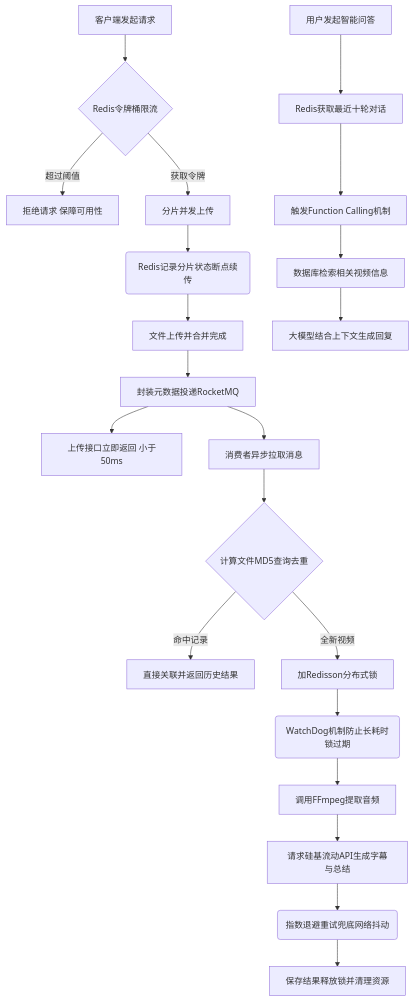
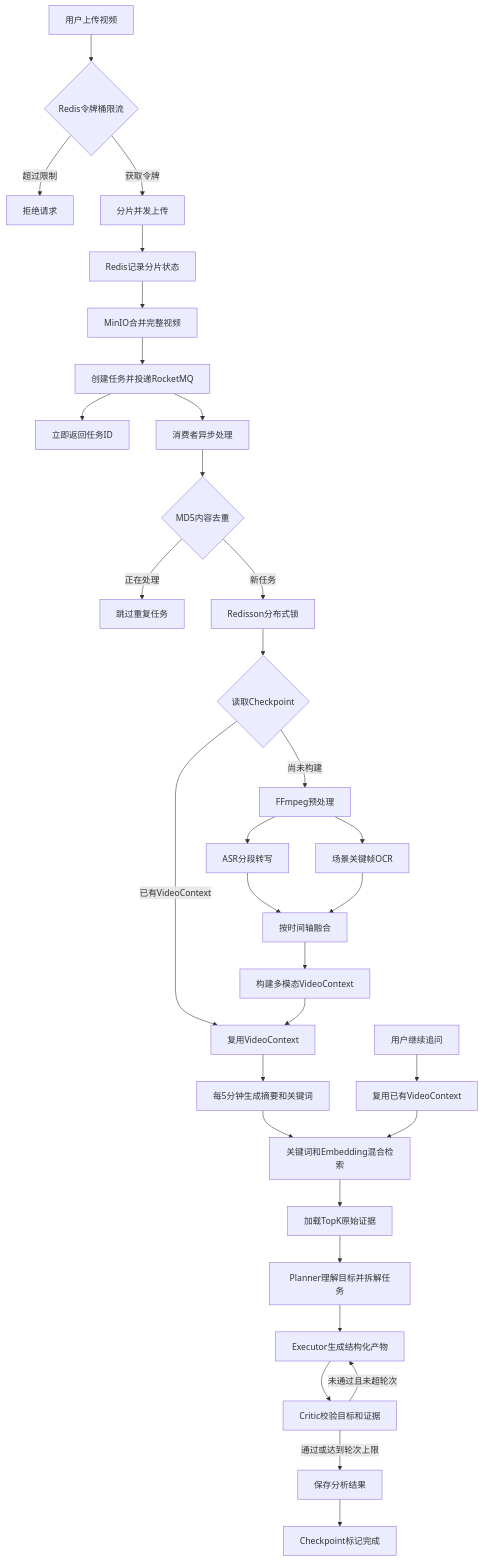
One commit to dirge2024/VedioHub changed the diagram in README.md. Above: the diagram before and after it, drawn with Mermaid. The commit also changed other lines of this file, not shown here.

````diff
--- a/README.md
+++ b/README.md
@@ -106,27 +193,42 @@
 ```mermaid
 graph TD
-    A[客户端发起请求] --> B{Redis令牌桶限流}
-    B -- 超过阈值 --> C[拒绝请求 保障可用性]
+    A[用户上传视频] --> B{Redis令牌桶限流}
+    B -- 超过限制 --> C[拒绝请求]
     B -- 获取令牌 --> D[分片并发上传]
-    D --> E(Redis记录分片状态断点续传)
-    E --> F[文件上传并合并完成]
-    
-    F --> G[封装元数据投递RocketMQ]
-    G --> H[上传接口立即返回 小于50ms]
+    D --> E[Redis记录分片状态]
+    E --> F[MinIO合并完整视频]
 
-    G --> I[消费者异步拉取消息]
-    I --> J{计算文件MD5查询去重}
-    J -- 命中记录 --> K[直接关联并返回历史结果]
-    J -- 全新视频 --> L[加Redisson分布式锁]
-    
-    L --> M(WatchDog机制防止长耗时锁过期)
-    M --> N[调用FFmpeg提取音频]
-    N --> O[请求硅基流动API生成字幕与总结]
-    O --> P(指数退避重试兜底网络抖动)
-    P --> Q[保存结果释放锁并清理资源]
+    F --> G[创建任务并投递RocketMQ]
+    G --> H[立即返回任务ID]
+    G --> I[消费者异步处理]
 
-    R[用户发起智能问答] --> S[Redis获取最近十轮对话]
-    S --> T[触发Function Calling机制]
-    T --> U[数据库检索相关视频信息]
-    U --> V[大模型结合上下文生成回复]
+    I --> J{MD5内容去重}
+    J -- 正在处理 --> K[跳过重复任务]
+    J -- 新任务 --> L[Redisson分布式锁]
+
+    L --> M{读取Checkpoint}
+    M -- 已有VideoContext --> R[复用VideoContext]
+    M -- 尚未构建 --> N[FFmpeg预处理]
+
+    N --> O1[ASR分段转写]
+    N --> O2[场景关键帧OCR]
+    O1 --> P[按时间轴融合]
+    O2 --> P
+    P --> Q[构建多模态VideoContext]
+    Q --> R
+
+    R --> S[每5分钟生成摘要和关键词]
+    S --> T[关键词和Embedding混合检索]
+    T --> U[加载TopK原始证据]
+
+    U --> V[Planner理解目标并拆解任务]
+    V --> W[Executor生成结构化产物]
+    W --> X[Critic校验目标和证据]
+
+    X -- 未通过且未超轮次 --> W
+    X -- 通过或达到轮次上限 --> Y[保存分析结果]
+    Y --> Z[Checkpoint标记完成]
+
+    AA[用户继续追问] --> AB[复用已有VideoContext]
+    AB --> T
 ```
````
